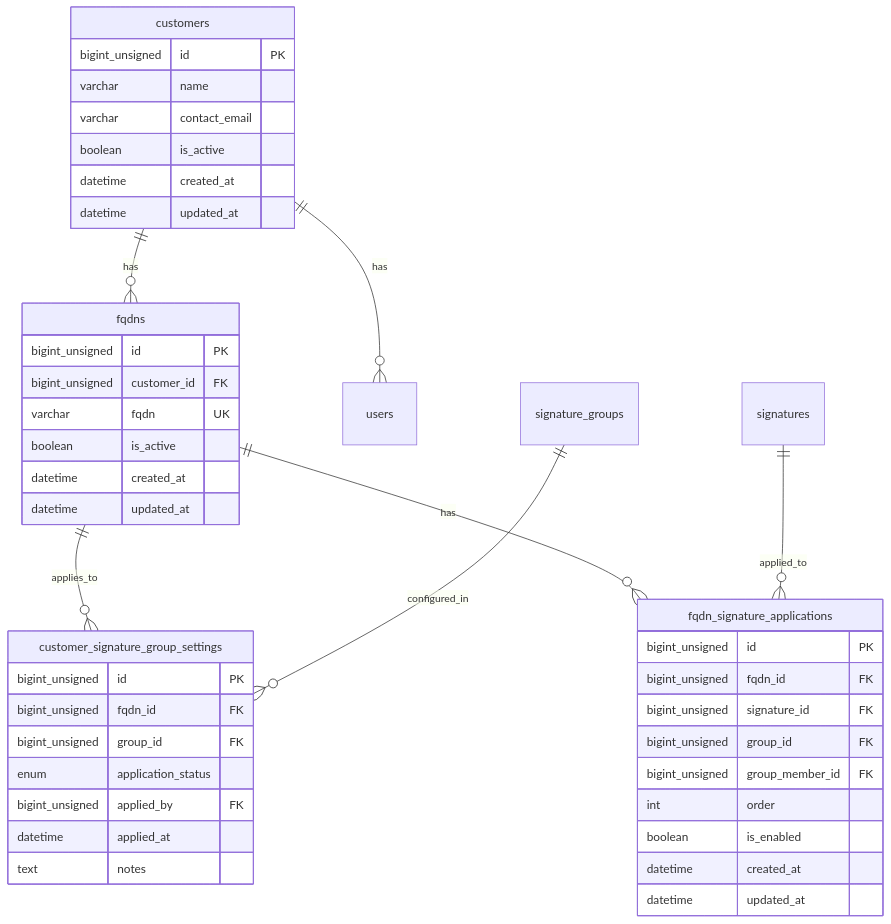
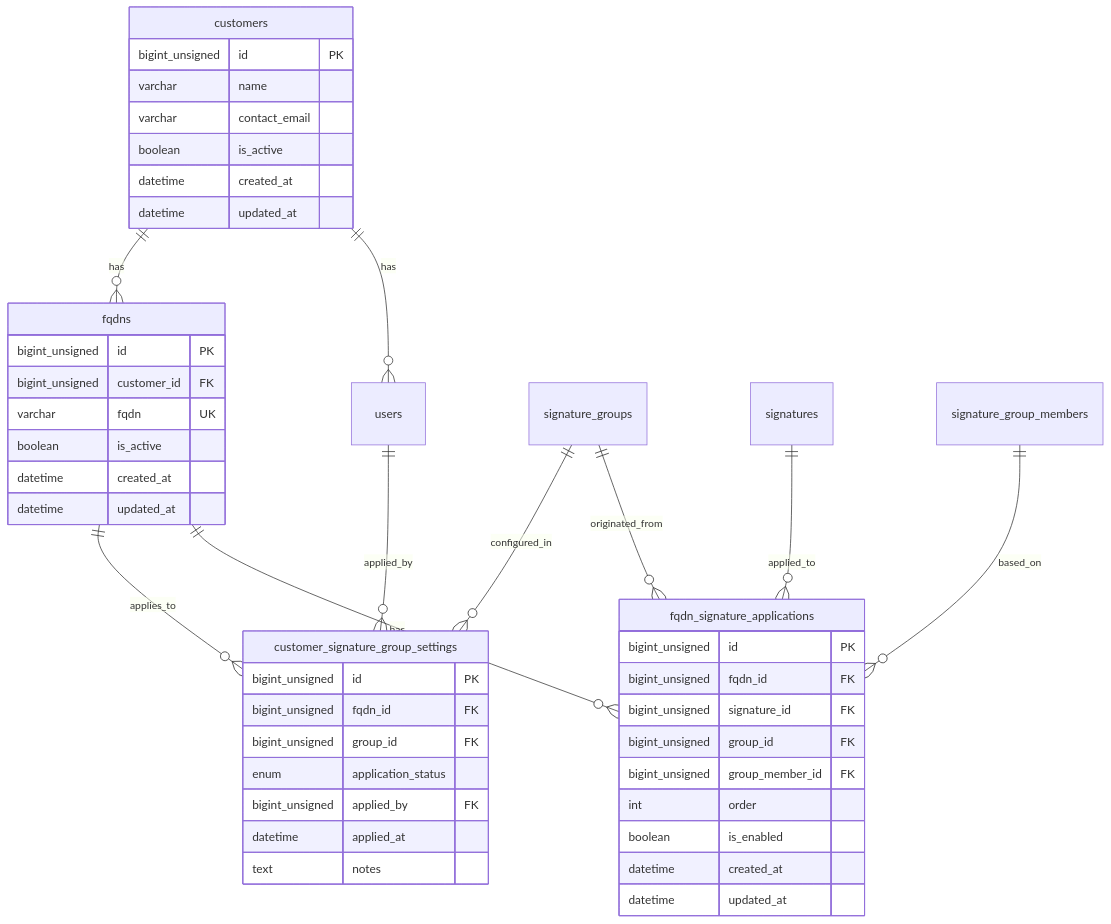
Before and after one commit to kencom2400/MrWebDefence-Design: diagram 16 of 20 in docs/DESIGN.md, drawn with Mermaid. The commit also changed other lines of this file, not shown here.

````diff
--- a/docs/DESIGN.md
+++ b/docs/DESIGN.md
@@ -1370,49 +1370,52 @@
 ```mermaid
 erDiagram
     customers ||--o{ fqdns : "has"
     customers ||--o{ users : "has"
     fqdns ||--o{ customer_signature_group_settings : "applies_to"
     signature_groups ||--o{ customer_signature_group_settings : "configured_in"
+    users ||--o{ customer_signature_group_settings : "applied_by"
     fqdns ||--o{ fqdn_signature_applications : "has"
     signatures ||--o{ fqdn_signature_applications : "applied_to"
+    signature_groups ||--o{ fqdn_signature_applications : "originated_from"
+    signature_group_members ||--o{ fqdn_signature_applications : "based_on"
     
     customers {
         bigint_unsigned id PK
         varchar name
         varchar contact_email
         boolean is_active
         datetime created_at
         datetime updated_at
     }
     
     fqdns {
         bigint_unsigned id PK
         bigint_unsigned customer_id FK
         varchar fqdn UK
         boolean is_active
         datetime created_at
         datetime updated_at
     }
     
     customer_signature_group_settings {
         bigint_unsigned id PK
         bigint_unsigned fqdn_id FK
         bigint_unsigned group_id FK
         enum application_status
         bigint_unsigned applied_by FK
         datetime applied_at
         text notes
     }
     
     fqdn_signature_applications {
         bigint_unsigned id PK
         bigint_unsigned fqdn_id FK
         bigint_unsigned signature_id FK
         bigint_unsigned group_id FK
         bigint_unsigned group_member_id FK
         int order
         boolean is_enabled
         datetime created_at
         datetime updated_at
     }
 ```
````
